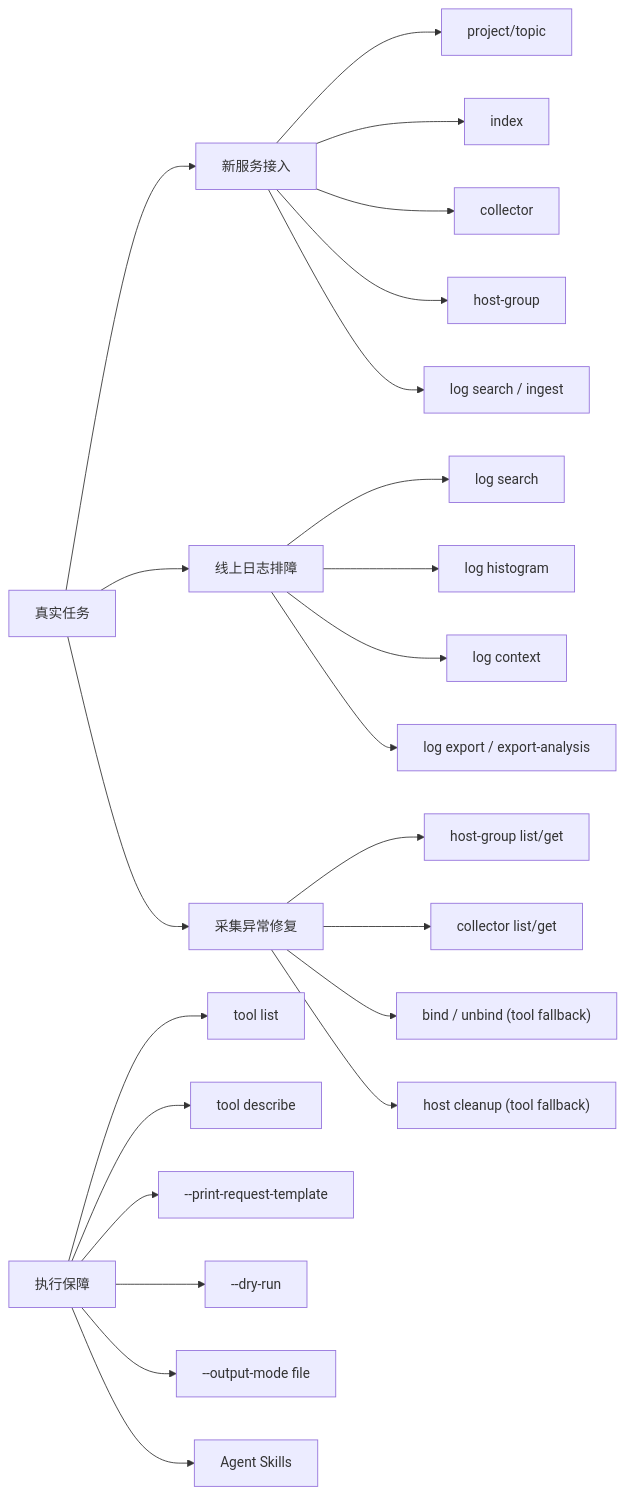
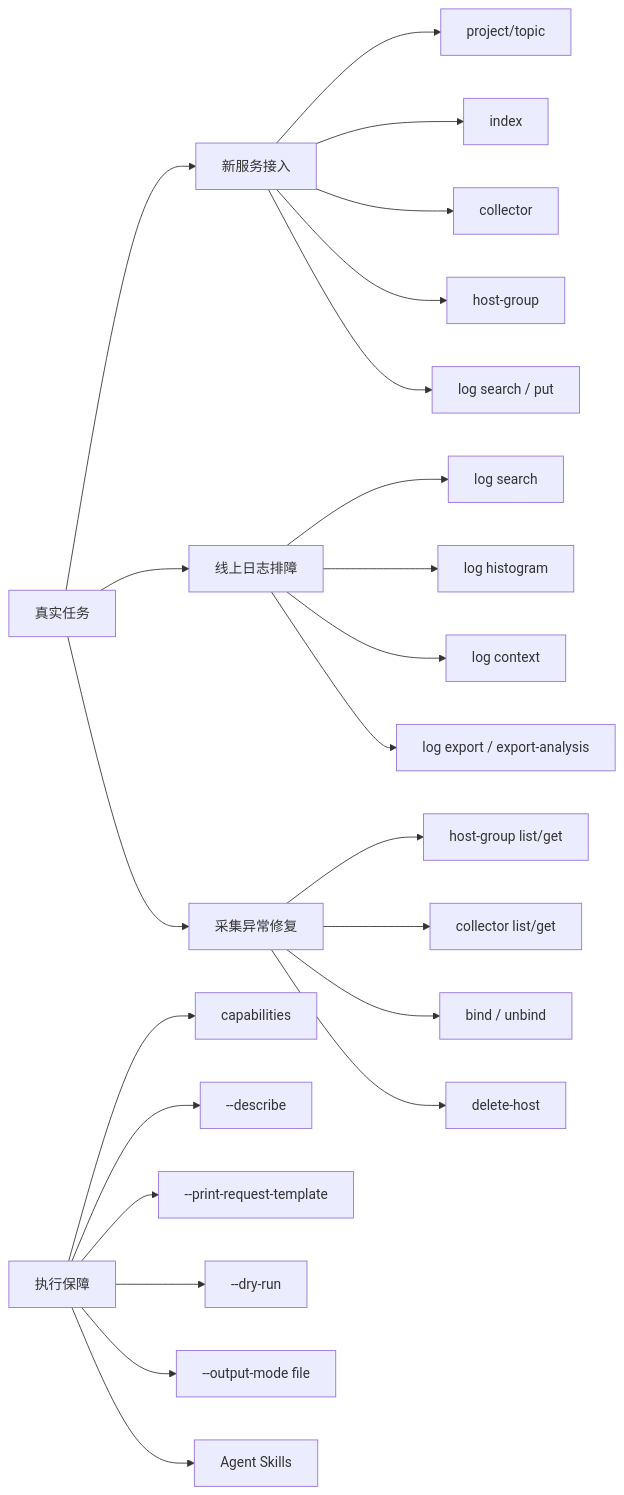
The diagram in docs/cli-practical-guide.md (volcengine-tls/ve-tls-cli), drawn with Mermaid before and after one commit. The commit also changed other lines of this file and 180 other files, not shown here.

````diff
--- a/docs/cli-practical-guide.md
+++ b/docs/cli-practical-guide.md
@@ -42,29 +41,29 @@
 ```mermaid
 flowchart LR
     A["真实任务"] --> B["新服务接入"]
     A --> C["线上日志排障"]
     A --> D["采集异常修复"]
 
     B --> B1["project/topic"]
     B --> B2["index"]
     B --> B3["collector"]
     B --> B4["host-group"]
-    B --> B5["log search / ingest"]
+    B --> B5["log search / put"]
 
     C --> C1["log search"]
     C --> C2["log histogram"]
     C --> C3["log context"]
     C --> C4["log export / export-analysis"]
 
     D --> D1["host-group list/get"]
     D --> D2["collector list/get"]
-    D --> D3["bind / unbind (tool fallback)"]
-    D --> D4["host cleanup (tool fallback)"]
+    D --> D3["bind / unbind"]
+    D --> D4["delete-host"]
 
-    E["执行保障"] --> E1["tool list"]
-    E --> E2["tool describe"]
+    E["执行保障"] --> E1["capabilities"]
+    E --> E2["--describe"]
     E --> E3["--print-request-template"]
     E --> E4["--dry-run"]
     E --> E5["--output-mode file"]
     E --> E6["Agent Skills"]
 ```
````
